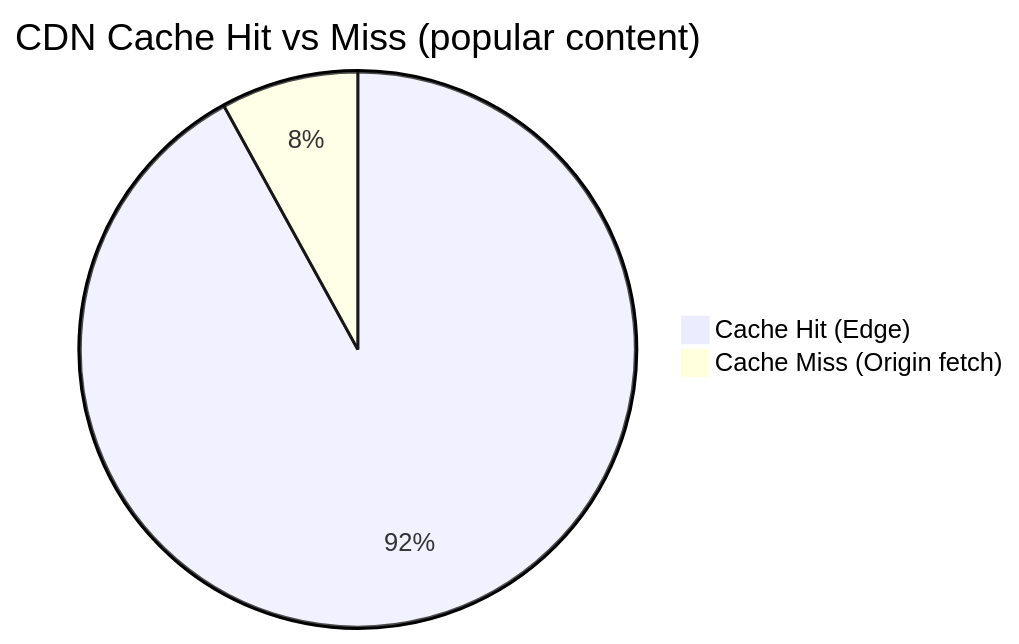
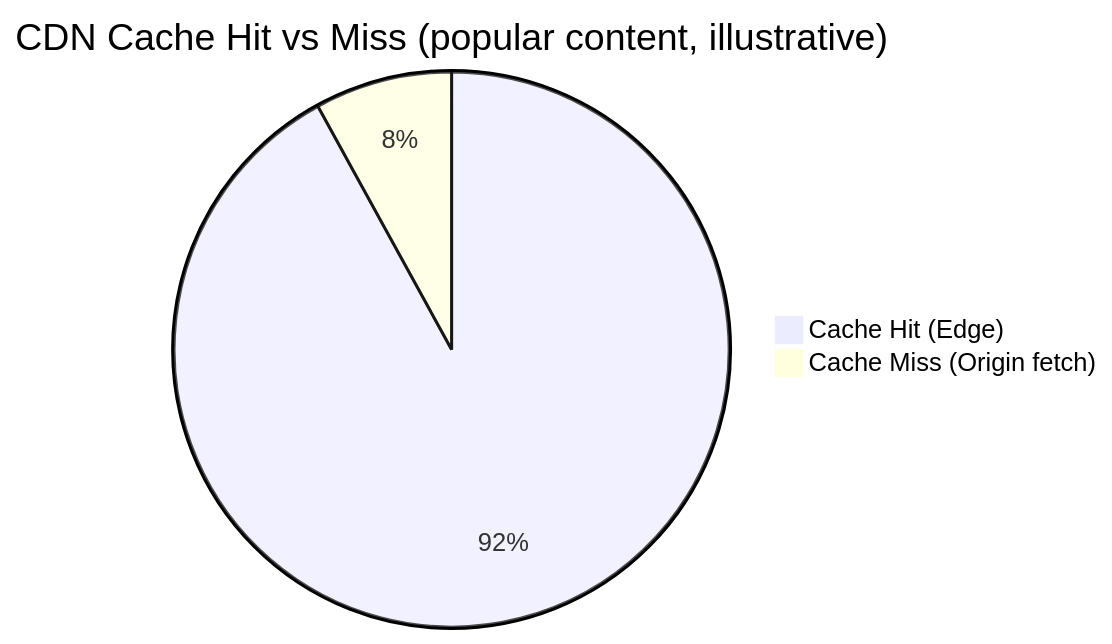
One commit to riyaz-pasha/Learnings changed diagram 16 of 23 in system-design/HLD/0-course/26-Design YouTube-FAANG-Guide.md. Above: the diagram before and after it, drawn with Mermaid. The commit also changed other lines of this file and 50 other files, not shown here.

````diff
--- a/system-design/HLD/0-course/26-Design YouTube-FAANG-Guide.md
+++ b/system-design/HLD/0-course/26-Design YouTube-FAANG-Guide.md
@@ -471,5 +621,5 @@
 ```mermaid
-pie title CDN Cache Hit vs Miss (popular content)
+pie title CDN Cache Hit vs Miss (popular content, illustrative)
     "Cache Hit (Edge)" : 92
     "Cache Miss (Origin fetch)" : 8
 ```
````
